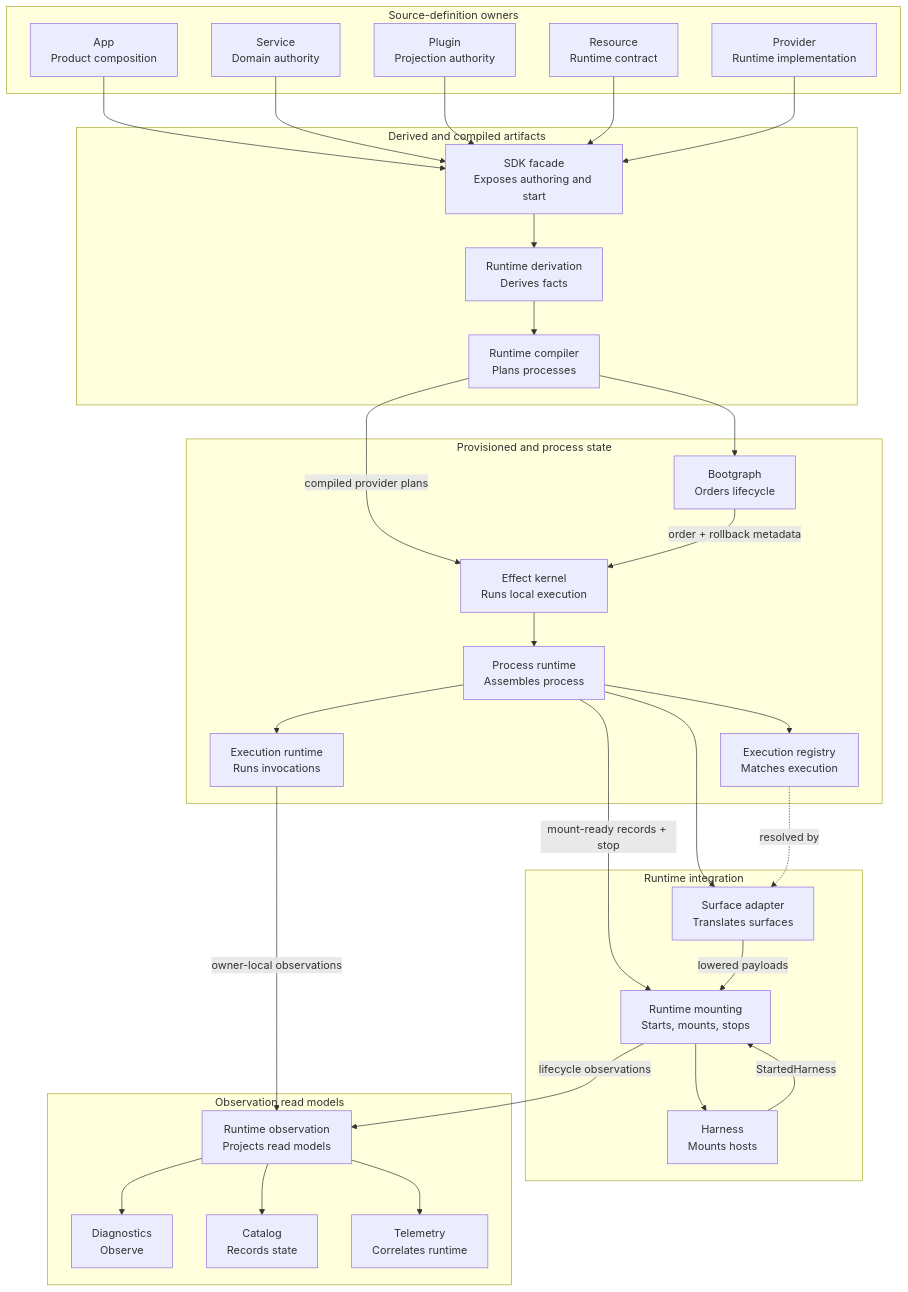
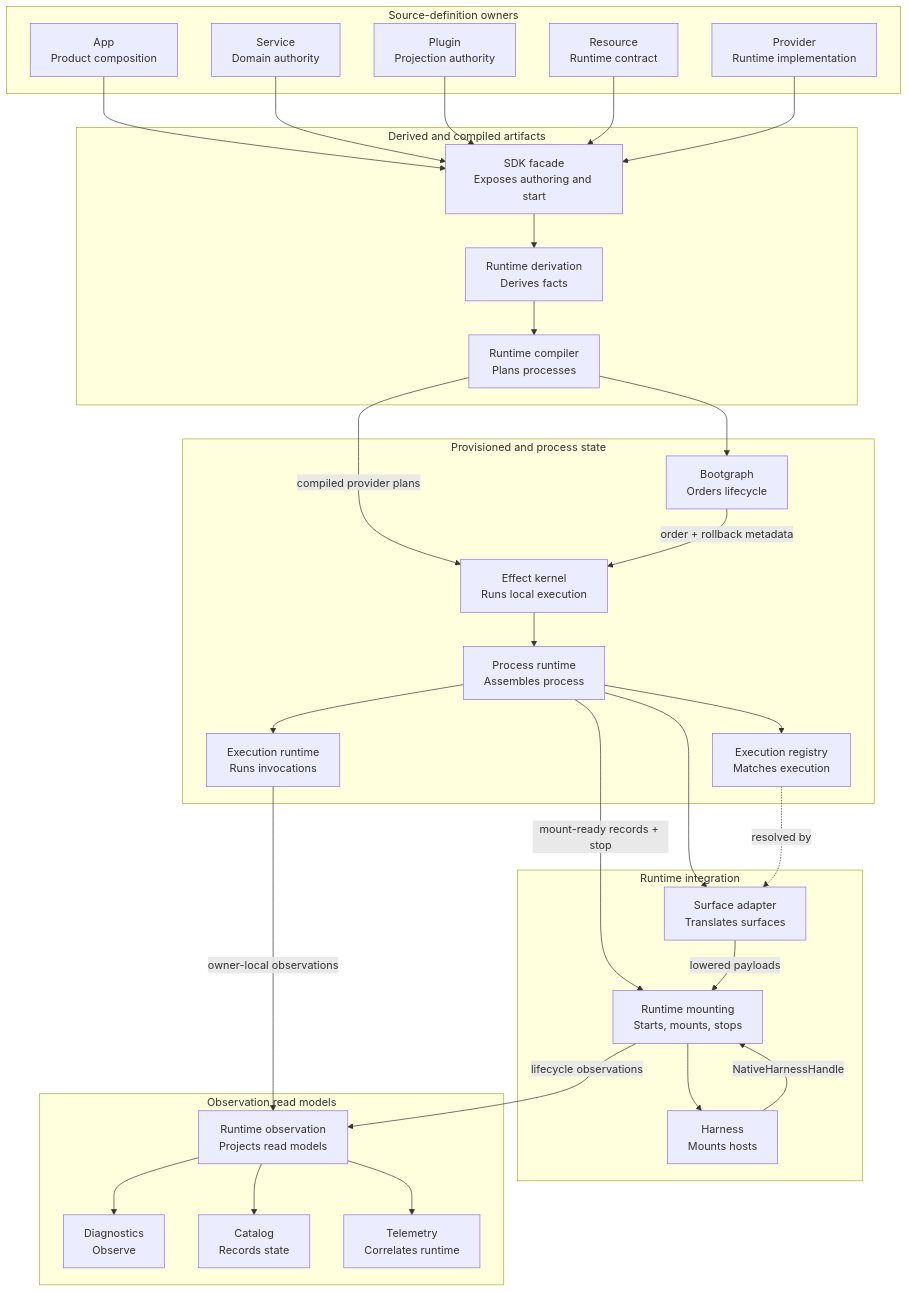
The first of 2 diagrams in docs/system/HABITAT_RUNTIME_REALIZATION.md (rawr-ai/rawr-hq-template), drawn with Mermaid before and after one commit. The commit also changed other lines of this file and 11 other files, not shown here.

````diff
--- a/docs/system/HABITAT_RUNTIME_REALIZATION.md
+++ b/docs/system/HABITAT_RUNTIME_REALIZATION.md
@@ -362,62 +374,62 @@
 ```mermaid
 flowchart TB
   subgraph A[Source-definition owners]
     Service[Service\nDomain authority]
     Plugin[Plugin\nProjection authority]
     App[App\nProduct composition]
     Resource[Resource\nRuntime contract]
     Provider[Provider\nRuntime implementation]
   end
 
   subgraph B[Derived and compiled artifacts]
     SDK[SDK facade\nExposes authoring and start]
     Derivation[Runtime derivation\nDerives facts]
     Compiler[Runtime compiler\nPlans processes]
   end
 
   subgraph C[Provisioned and process state]
     Bootgraph[Bootgraph\nOrders lifecycle]
     Kernel[Effect kernel\nRuns local execution]
     Runtime[Process runtime\nAssembles process]
     Registry[Execution registry\nMatches execution]
     Exec[Execution runtime\nRuns invocations]
   end
 
   subgraph D[Runtime integration]
     Adapter[Surface adapter\nTranslates surfaces]
     Mounting[Runtime mounting\nStarts, mounts, stops]
     Harness[Harness\nMounts hosts]
   end
 
   subgraph E[Observation read models]
     Observation[Runtime observation\nProjects read models]
     Diagnostics[Diagnostics\nObserve]
     Catalog[Catalog\nRecords state]
     Telemetry[Telemetry\nCorrelates runtime]
   end
 
   App --> SDK
   Service --> SDK
   Plugin --> SDK
   Resource --> SDK
   Provider --> SDK
   SDK --> Derivation
   Derivation --> Compiler
   Compiler --> Bootgraph
   Compiler -->|compiled provider plans| Kernel
   Bootgraph -->|order + rollback metadata| Kernel
   Kernel --> Runtime
   Runtime --> Registry
   Runtime --> Adapter
   Registry -. resolved by .-> Adapter
   Runtime --> Exec
   Runtime -->|mount-ready records + stop| Mounting
   Adapter -->|lowered payloads| Mounting
   Mounting --> Harness
-  Harness -->|StartedHarness| Mounting
+  Harness -->|NativeHarnessHandle| Mounting
   Exec -->|owner-local observations| Observation
   Mounting -->|lifecycle observations| Observation
   Observation --> Telemetry
   Observation --> Catalog
   Observation --> Diagnostics
 ```
````
